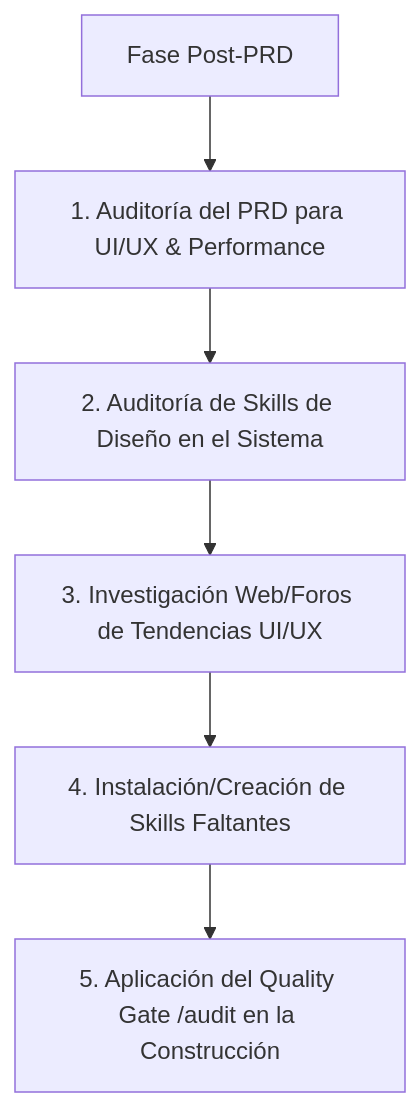
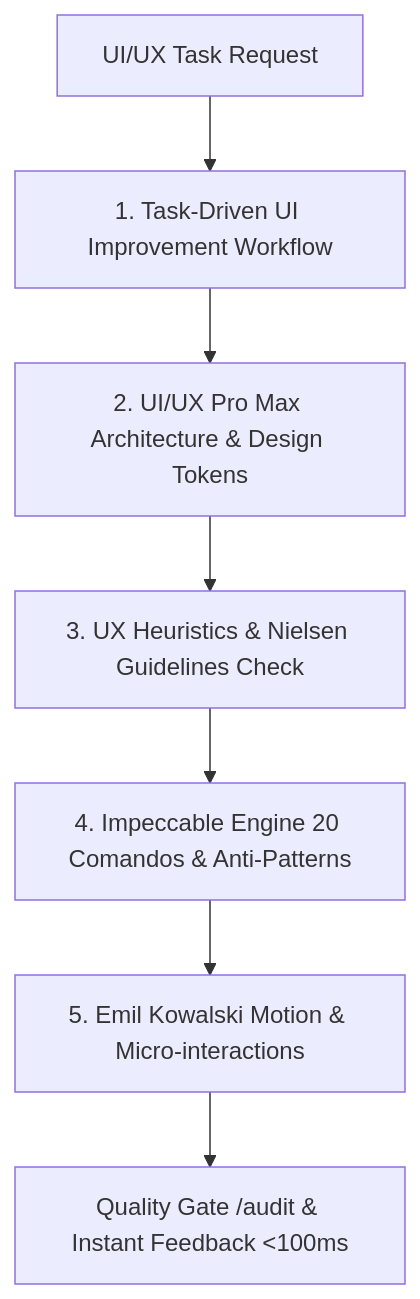
One commit to growthack7/saas-smart-engine changed the diagram in skills/ui-ux-performance-architect/SKILL.md. Above: the diagram before and after it, drawn with Mermaid. The commit also changed other lines of this file and 3 other files, not shown here.

Commit message:
feat: enhance ui-ux-performance-architect skill

````diff
--- a/skills/ui-ux-performance-architect/SKILL.md
+++ b/skills/ui-ux-performance-architect/SKILL.md
@@ -19,8 +14,9 @@
 ```mermaid
 flowchart TD
-    A[Fase Post-PRD] --> B[1. Auditoría del PRD para UI/UX & Performance]
-    B --> C[2. Auditoría de Skills de Diseño en el Sistema]
-    C --> D[3. Investigación Web/Foros de Tendencias UI/UX]
-    D --> E[4. Instalación/Creación de Skills Faltantes]
-    E --> F[5. Aplicación del Quality Gate /audit en la Construcción]
+    A[UI/UX Task Request] --> B[1. Task-Driven UI Improvement Workflow]
+    B --> C[2. UI/UX Pro Max Architecture & Design Tokens]
+    C --> D[3. UX Heuristics & Nielsen Guidelines Check]
+    D --> E[4. Impeccable Engine 20 Comandos & Anti-Patterns]
+    E --> F[5. Emil Kowalski Motion & Micro-interactions]
+    F --> G[Quality Gate /audit & Instant Feedback <100ms]
 ```
````
